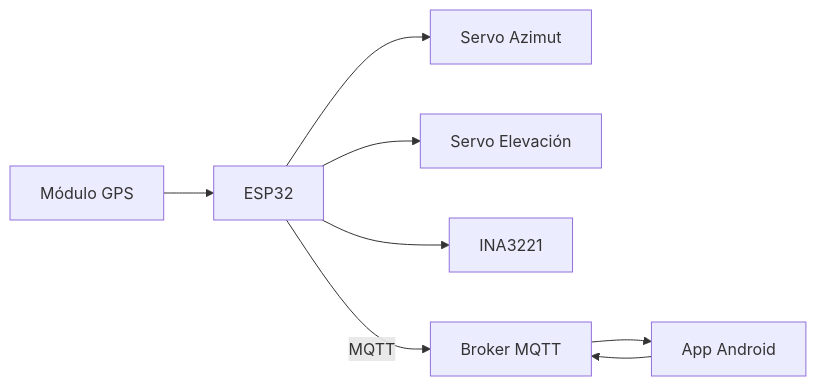
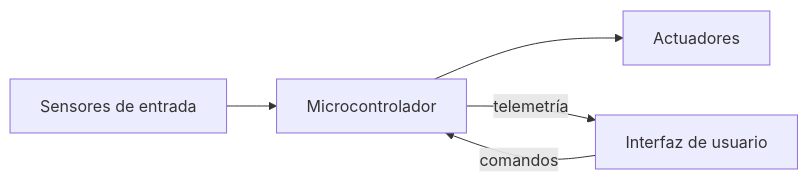
The diagram in README.md (manramirezpi/SolarTracker), drawn with Mermaid before and after one commit. The commit also changed other lines of this file, not shown here.

````diff
--- a/README.md
+++ b/README.md
@@ -37,10 +17,7 @@
 ```mermaid
 graph LR
-    GPS[Módulo GPS] --> MCU[ESP32]
-    MCU --> SERVO_AZ[Servo Azimut]
-    MCU --> SERVO_EL[Servo Elevación]
-    MCU --> INA[INA3221]
-    MCU -- MQTT --> BROKER[Broker MQTT]
-    BROKER --> APP[App Android]
-    APP --> BROKER
+    SENSORES[Sensores de entrada] --> MCU[Microcontrolador]
+    MCU --> ACTUADORES[Actuadores]
+    MCU -- telemetría --> UI[Interfaz de usuario]
+    UI -- comandos --> MCU
 ```
````
